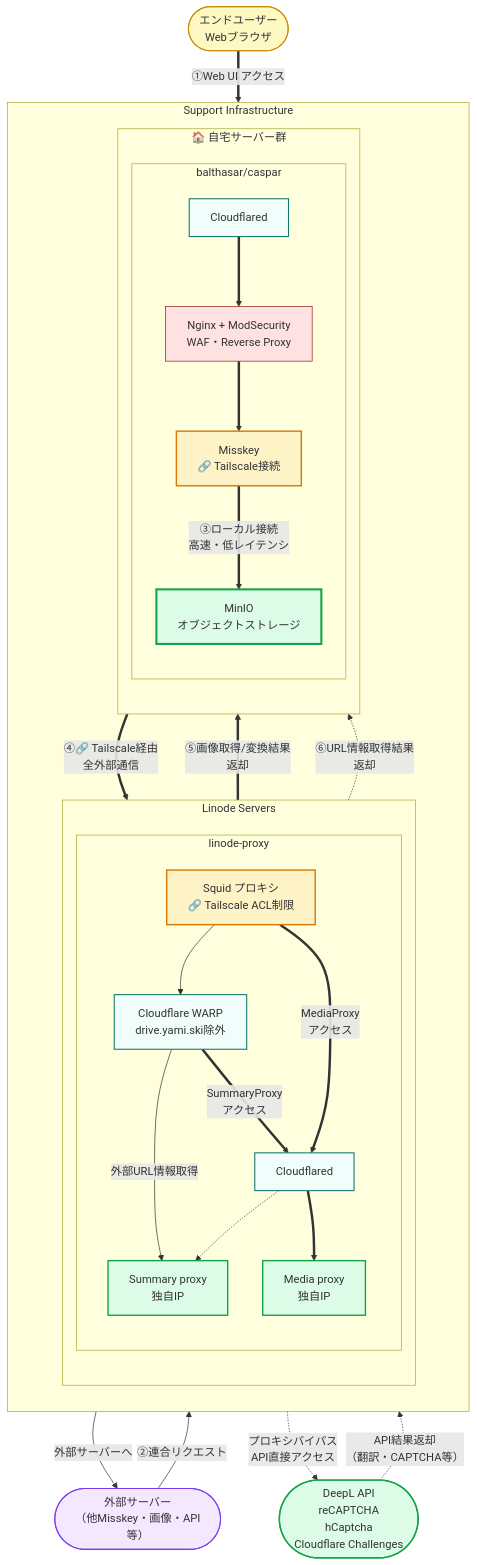
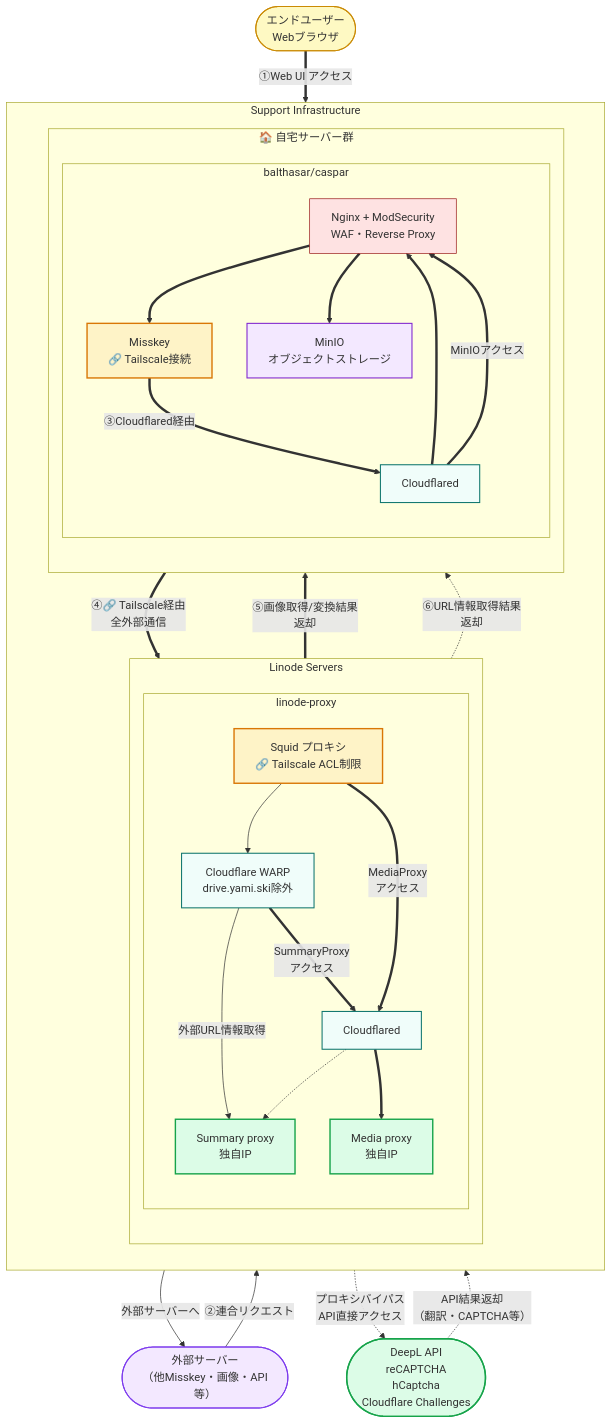
The sixth of 6 diagrams in README.md (yamisskey-dev/yamisskey-host), drawn with Mermaid before and after one commit. The commit also changed other lines of this file, not shown here.

Commit message:
docs: MinIOをローカル接続からModSecurityNginx-Cloudflared経由に変更

````diff
--- a/README.md
+++ b/README.md
@@ -425,75 +427,77 @@
 ```mermaid
 graph TB
 classDef homeServer fill:#e2e8f0,stroke:#334155,stroke-width:2px
 classDef service fill:#f8fafc,stroke:#64748b,stroke-width:1px
 classDef security fill:#fee2e2,stroke:#991b1b,stroke-width:1px
 classDef cloudflare fill:#f0fdfa,stroke:#0f766e,stroke-width:1.5px
 classDef user fill:#fef9c3,stroke:#ca8a04,stroke-width:1.5px
 classDef federation fill:#f3e8ff,stroke:#7c3aed,stroke-width:1.5px
 classDef direct fill:#dcfce7,stroke:#16a34a,stroke-width:2px
 classDef tailscale fill:#fef3c7,stroke:#d97706,stroke-width:2px
-classDef local fill:#dcfce7,stroke:#16a34a,stroke-width:3px
+classDef storage fill:#f3e8ff,stroke:#7e22ce,stroke-width:1.5px
 
 %% External actors
 enduser([エンドユーザー<br/>Webブラウザ]):::user
 external_servers([外部サーバー<br/>（他Misskey・画像・API等）]):::federation
 bypass_services([DeepL API<br/>reCAPTCHA<br/>hCaptcha<br/>Cloudflare Challenges]):::direct
 
 subgraph support[Support Infrastructure]
     direction TB
     
     subgraph linode[Linode Servers]
         direction TB
         subgraph proxy[linode-proxy]
             summaryproxy[Summary proxy<br/>独自IP]:::direct
             mediaproxy[Media proxy<br/>独自IP]:::direct
             squid[Squid プロキシ<br/>🔗 Tailscale ACL制限]:::tailscale
             warp[Cloudflare WARP<br/>drive.yami.ski除外]:::cloudflare
             cloudflared_p[Cloudflared]:::cloudflare
         end
     end
     
     subgraph homeservers[🏠 自宅サーバー群]
         direction TB
         subgraph balthasar_caspar[balthasar/caspar]
             nginx_misskey[Nginx + ModSecurity<br/>WAF・Reverse Proxy]:::security
             yamisskey[Misskey<br/>🔗 Tailscale接続]:::tailscale
-            minio_local[MinIO<br/>オブジェクトストレージ]:::local
+            minio_local[MinIO<br/>オブジェクトストレージ]:::storage
             cloudflared_bc[Cloudflared]:::cloudflare
         end
     end
 end
 
 %% エンドユーザーのアクセス経路（太線）
 enduser ==>|"①Web UI アクセス"| cloudflared_bc
 cloudflared_bc ==> nginx_misskey
 nginx_misskey ==> yamisskey
+nginx_misskey ==> minio_local
 
 %% 外部サーバーからの連合リクエスト（通常線）
 external_servers -->|"②連合リクエスト"| cloudflared_bc
 
-%% Misskeyからのローカル接続（太線・緑色）
-yamisskey ==>|"③ローカル接続<br/>高速・低レイテンシ"| minio_local
+%% MisskeyからMinIOへのCloudflared経由接続
+yamisskey ==>|"③Cloudflared経由"| cloudflared_bc
+cloudflared_bc ==>|"MinIOアクセス"| nginx_misskey
 
 %% Misskeyサーバーからの全外部通信はSquid経由
 yamisskey ==>|"④🔗 Tailscale経由<br/>全外部通信"| squid
 squid --> warp
 
 %% WARPからの分岐
 warp -->|"外部サーバーへ"| external_servers
 warp ==>|"SummaryProxy<br/>アクセス"| cloudflared_p
 warp -->|"外部URL情報取得"| summaryproxy
 cloudflared_p ==> mediaproxy
 cloudflared_p -.-> summaryproxy
 squid ==>|"MediaProxy<br/>アクセス"| cloudflared_p
 
 %% MediaProxyからMisskeyへ画像処理結果を返却
 mediaproxy ==>|"⑤画像取得/変換結果<br/>返却"| cloudflared_bc
 
 %% SummaryProxyからの返却
 summaryproxy -.->|"⑥URL情報取得結果<br/>返却"| cloudflared_bc
 
 %% プロキシバイパス対象（特定APIサービス）
 yamisskey -.->|"プロキシバイパス<br/>API直接アクセス"| bypass_services
 bypass_services -.->|"API結果返却<br/>（翻訳・CAPTCHA等）"| yamisskey
 ```
````
